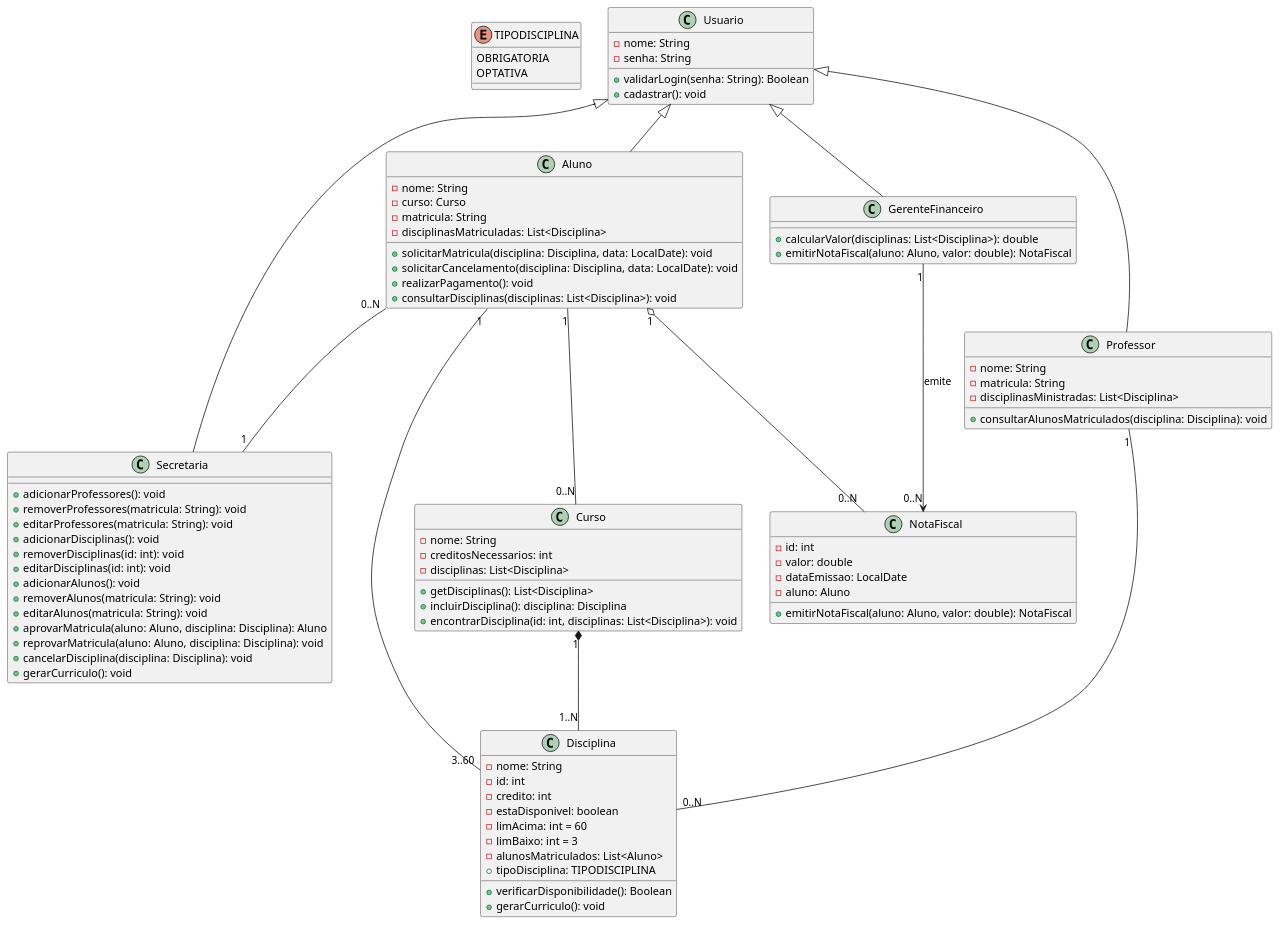
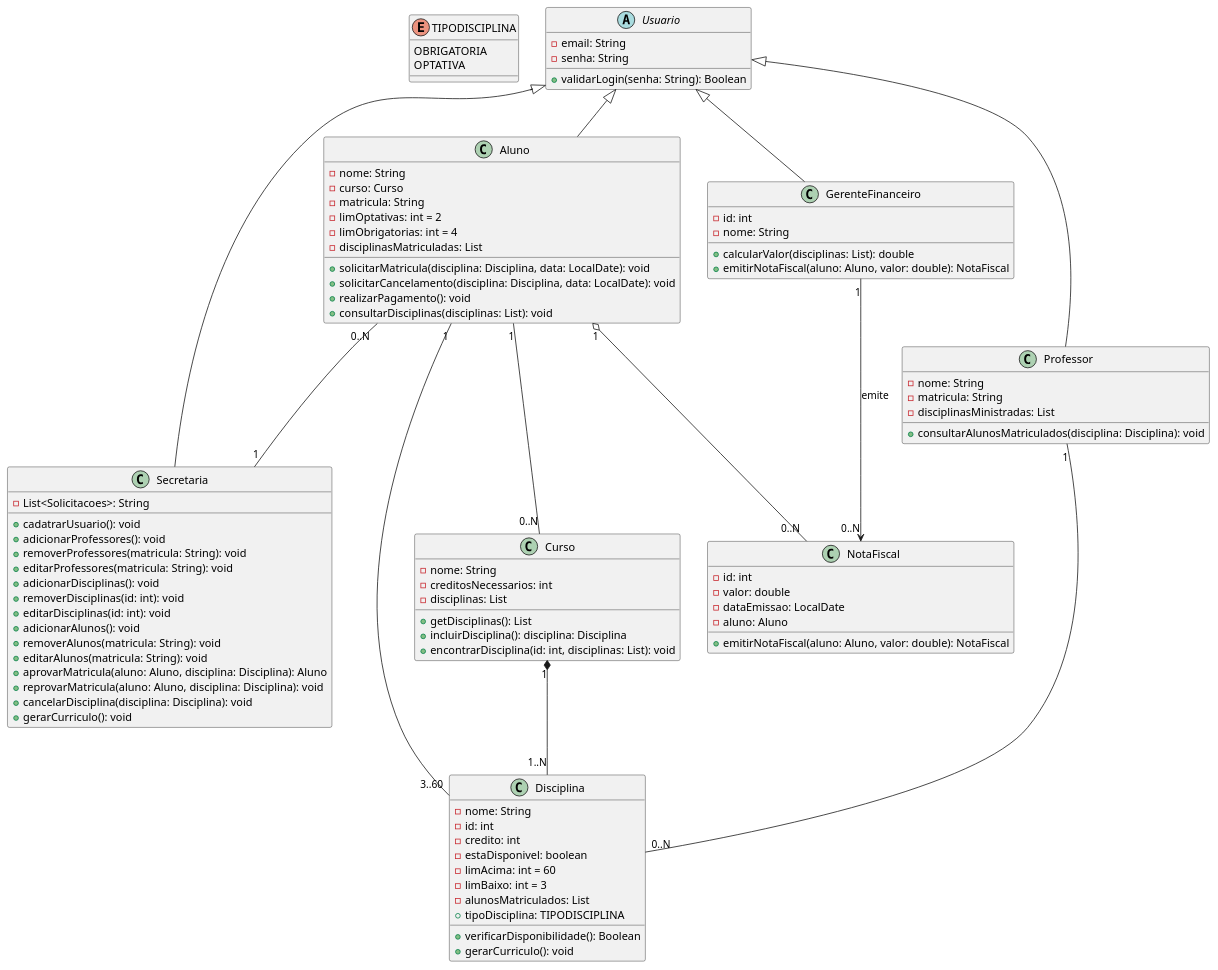
The diagram in code/diagramaClasses.md (devglucas/lab_dev_01), drawn with PlantUML before and after one commit.

Commit message:
arrumando erros diagrama de classe

```diff
--- a/code/diagramaClasses.md
+++ b/code/diagramaClasses.md
@@ -1,83 +1,88 @@
 @startuml
 enum TIPODISCIPLINA {
-  OBRIGATORIA
-  OPTATIVA
+    OBRIGATORIA
+    OPTATIVA
 }
 
-class Usuario {
-  -nome: String
-  -senha: String
-  +validarLogin(senha: String): Boolean
-  +cadastrar(): void
+abstract Usuario {
+    - email: String
+    - senha: String
+    + validarLogin(senha: String): Boolean
 }
 
 class Aluno {
-  -nome: String
-  -curso: Curso
-  -matricula: String
-  -disciplinasMatriculadas: List<Disciplina>
-  +solicitarMatricula(disciplina: Disciplina, data: LocalDate): void
-  +solicitarCancelamento(disciplina: Disciplina, data: LocalDate): void
-  +realizarPagamento(): void
-  +consultarDisciplinas(disciplinas: List<Disciplina>): void
+    - nome: String
+    - curso: Curso
+    - matricula: String
+    -limOptativas: int = 2
+    -limObrigatorias: int = 4
+    - disciplinasMatriculadas: List
+    + solicitarMatricula(disciplina: Disciplina, data: LocalDate): void
+    + solicitarCancelamento(disciplina: Disciplina, data: LocalDate): void
+    + realizarPagamento(): void
+    + consultarDisciplinas(disciplinas: List): void
 }
 
 class Professor {
-  -nome: String
-  -matricula: String
-  -disciplinasMinistradas: List<Disciplina>
-  +consultarAlunosMatriculados(disciplina: Disciplina): void
+    - nome: String
+    - matricula: String
+    - disciplinasMinistradas: List
+    + consultarAlunosMatriculados(disciplina: Disciplina): void
 }
 
 class Secretaria {
-  +adicionarProfessores(): void
-  +removerProfessores(matricula: String): void
-  +editarProfessores(matricula: String): void
-  +adicionarDisciplinas(): void
-  +removerDisciplinas(id: int): void
-  +editarDisciplinas(id: int): void
-  +adicionarAlunos(): void
-  +removerAlunos(matricula: String): void
-  +editarAlunos(matricula: String): void
-  +aprovarMatricula(aluno: Aluno, disciplina: Disciplina): Aluno
-  +reprovarMatricula(aluno: Aluno, disciplina: Disciplina): void
-  +cancelarDisciplina(disciplina: Disciplina): void
-  +gerarCurriculo(): void
+    -List<Solicitacoes>: String
+    +cadatrarUsuario(): void
+    + adicionarProfessores(): void
+    + removerProfessores(matricula: String): void
+    + editarProfessores(matricula: String): void
+    + adicionarDisciplinas(): void
+    + removerDisciplinas(id: int): void
+    + editarDisciplinas(id: int): void
+    + adicionarAlunos(): void
+    + removerAlunos(matricula: String): void
+    + editarAlunos(matricula: String): void
+    + aprovarMatricula(aluno: Aluno, disciplina: Disciplina): Aluno
+    + reprovarMatricula(aluno: Aluno, disciplina: Disciplina): void
+    + cancelarDisciplina(disciplina: Disciplina): void
+    + gerarCurriculo(): void
 }
 
 class GerenteFinanceiro {
-  +calcularValor(disciplinas: List<Disciplina>): double
-  +emitirNotaFiscal(aluno: Aluno, valor: double): NotaFiscal
+    -id: int
+    -nome: String
+    + calcularValor(disciplinas: List): double
+    + emitirNotaFiscal(aluno: Aluno, valor: double): NotaFiscal
 }
 
 class Disciplina {
-  -nome: String
-  -id: int
-  -credito: int
-  -estaDisponivel: boolean
-  -limAcima: int = 60
-  -limBaixo: int = 3
-  -alunosMatriculados: List<Aluno>
-  +tipoDisciplina: TIPODISCIPLINA
-  +verificarDisponibilidade(): Boolean
-  +gerarCurriculo(): void
+    - nome: String
+    - id: int
+    - credito: int
+    - estaDisponivel: boolean
+    - limAcima: int = 60
+    - limBaixo: int = 3
+    - alunosMatriculados: List
+    + tipoDisciplina: TIPODISCIPLINA
+    + verificarDisponibilidade(): Boolean
+    + gerarCurriculo(): void
 }
 
 class Curso {
-  -nome: String
-  -creditosNecessarios: int
-  -disciplinas: List<Disciplina>
-  +getDisciplinas(): List<Disciplina>
-  +incluirDisciplina(): disciplina: Disciplina
-  +encontrarDisciplina(id: int, disciplinas: List<Disciplina>): void
+    - nome: String
+    - creditosNecessarios: int
+    - disciplinas: List
+    + getDisciplinas(): List
+    + incluirDisciplina(): disciplina: Disciplina
+    + encontrarDisciplina(id: int, disciplinas: List): void
 }
 
 class NotaFiscal {
-  -id: int
-  -valor: double
-  -dataEmissao: LocalDate
-  -aluno: Aluno
-  +emitirNotaFiscal(aluno: Aluno, valor: double): NotaFiscal
+    - id: int
+    - valor: double
+    - dataEmissao: LocalDate
+    - aluno: Aluno
+    + emitirNotaFiscal(aluno: Aluno, valor: double): NotaFiscal
 }
 
 Usuario <|-- Aluno
```
